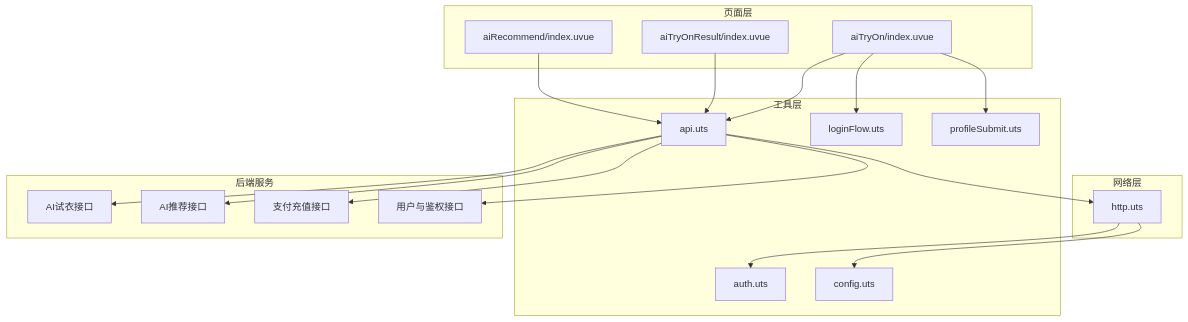
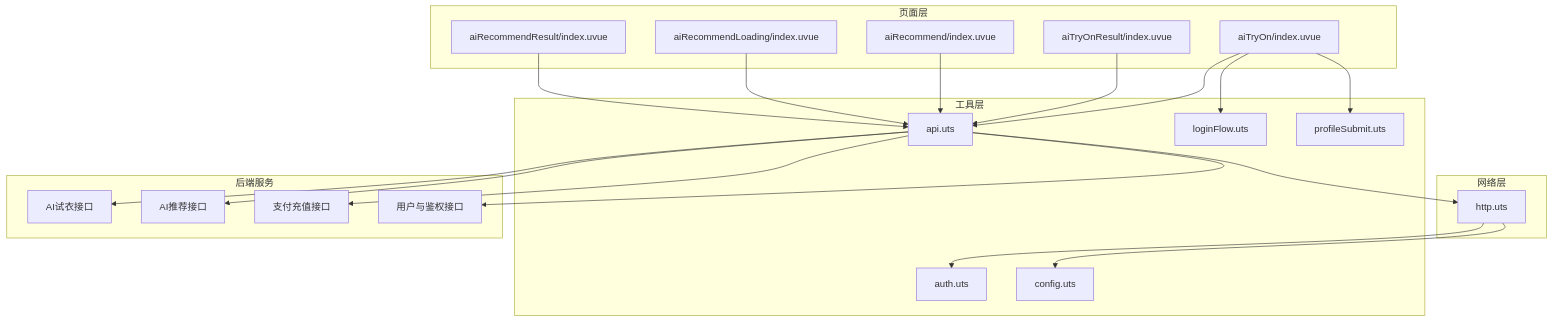
The second of 8 diagrams in .qoder/repowiki/zh/content/核心功能模块/AI试衣功能/AI试衣支付系统.md (crazyma99/blueberry), drawn with Mermaid before and after one commit. The commit also changed other lines of this file and 6 other files, not shown here.

````diff
--- a/.qoder/repowiki/zh/content/核心功能模块/AI试衣功能/AI试衣支付系统.md
+++ b/.qoder/repowiki/zh/content/核心功能模块/AI试衣功能/AI试衣支付系统.md
@@ -122,36 +139,40 @@
 ```mermaid
 graph TB
 subgraph "页面层"
 V1["aiTryOn/index.uvue"]
 V2["aiTryOnResult/index.uvue"]
 V3["aiRecommend/index.uvue"]
+V4["aiRecommendLoading/index.uvue"]
+V5["aiRecommendResult/index.uvue"]
 end
 subgraph "工具层"
 API["api.uts"]
 AUTH["auth.uts"]
 CFG["config.uts"]
 LOGIN["loginFlow.uts"]
 PROFILE["profileSubmit.uts"]
 end
 subgraph "网络层"
 HTTP["http.uts"]
 end
 subgraph "后端服务"
 S1["AI试衣接口"]
 S2["AI推荐接口"]
 S3["支付充值接口"]
 S4["用户与鉴权接口"]
 end
 V1 --> API
 V2 --> API
 V3 --> API
+V4 --> API
+V5 --> API
 API --> HTTP
 HTTP --> AUTH
 HTTP --> CFG
 V1 --> LOGIN
 V1 --> PROFILE
 API --> S1
 API --> S2
 API --> S3
 API --> S4
 ```
````
